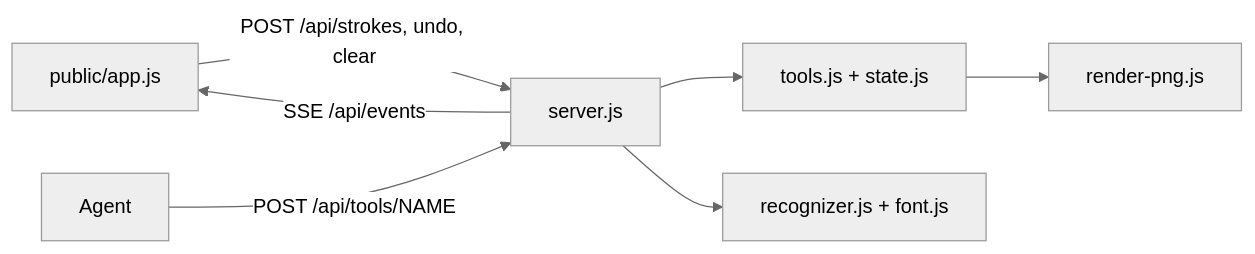
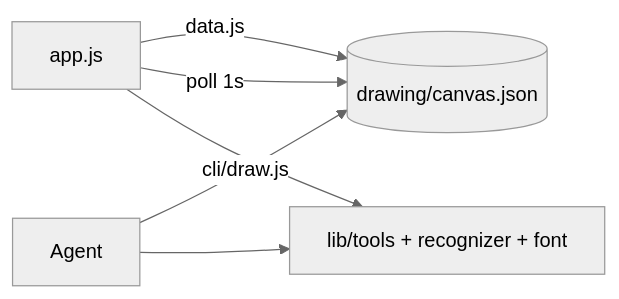
The diagram in docs/DESIGN-drawing.md (jveljan/aw-paint), drawn with Mermaid (neutral theme) before and after one commit. The commit also changed other lines of this file and 10 other files, not shown here.

Commit message:
docs: align with applet architecture, add README, drop stale run/test/review docs

````diff
--- a/docs/DESIGN-drawing.md
+++ b/docs/DESIGN-drawing.md
@@ -17,9 +13,8 @@
 ```mermaid
 flowchart LR
- UI[public/app.js] -- POST /api/strokes, undo, clear --> S[server.js]
- Agent -- POST /api/tools/NAME --> S
- S --> T[tools.js + state.js]
- S --> R[recognizer.js + font.js]
- T --> P[render-png.js]
- S -- SSE /api/events --> UI
+ UI[app.js] -- data.js --> F[(drawing/canvas.json)]
+ Agent -- cli/draw.js --> F
+ UI -- poll 1s --> F
+ UI --> L[lib/tools + recognizer + font]
+ Agent --> L
 ```
````
